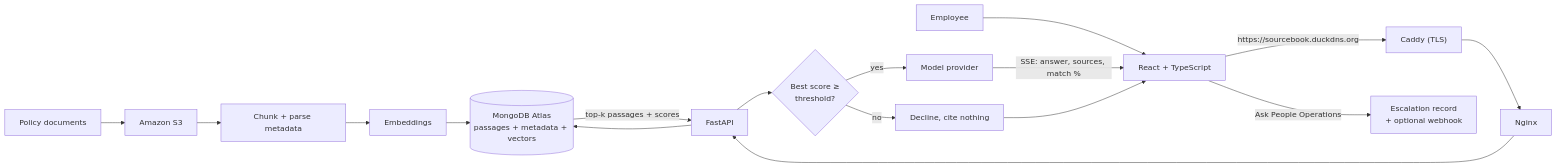
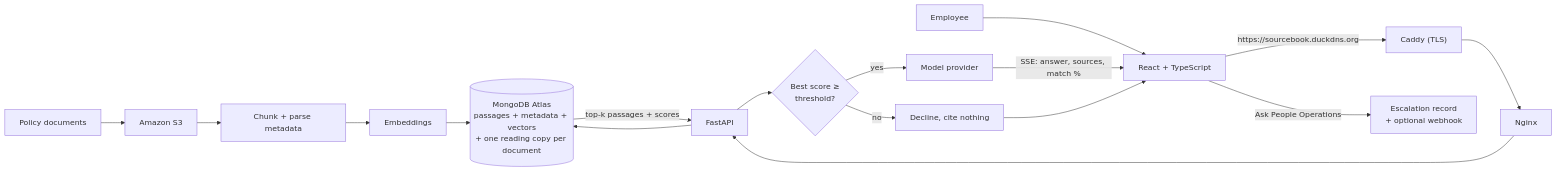
Before and after one commit to CMSC495-GROUP3/Sourcebook: the diagram in README.md, drawn with Mermaid. The commit also changed other lines of this file and 7 other files, not shown here.

````diff
--- a/README.md
+++ b/README.md
@@ -118,20 +120,20 @@
 ```mermaid
 flowchart LR
     DOCS["Policy documents"] --> S3["Amazon S3"]
     S3 --> INGEST["Chunk + parse metadata"]
     INGEST --> EMBED["Embeddings"]
-    EMBED --> MONGO[("MongoDB Atlas<br/>passages + metadata + vectors")]
+    EMBED --> MONGO[("MongoDB Atlas<br/>passages + metadata + vectors<br/>+ one reading copy per document")]
 
     USER["Employee"] --> REACT["React + TypeScript"]
     REACT -->|"https://sourcebook.duckdns.org"| CADDY["Caddy (TLS)"]
     CADDY --> NGINX["Nginx"]
     NGINX --> API["FastAPI"]
     API --> MONGO
     MONGO -->|"top-k passages + scores"| API
     API --> GATE{"Best score ≥<br/>threshold?"}
     GATE -->|"no"| REFUSE["Decline, cite nothing"]
     GATE -->|"yes"| LLM["Model provider"]
     LLM -->|"SSE: answer, sources, match %"| REACT
     REFUSE --> REACT
     REACT -->|"Ask People Operations"| ESC["Escalation record<br/>+ optional webhook"]
 ```
````
